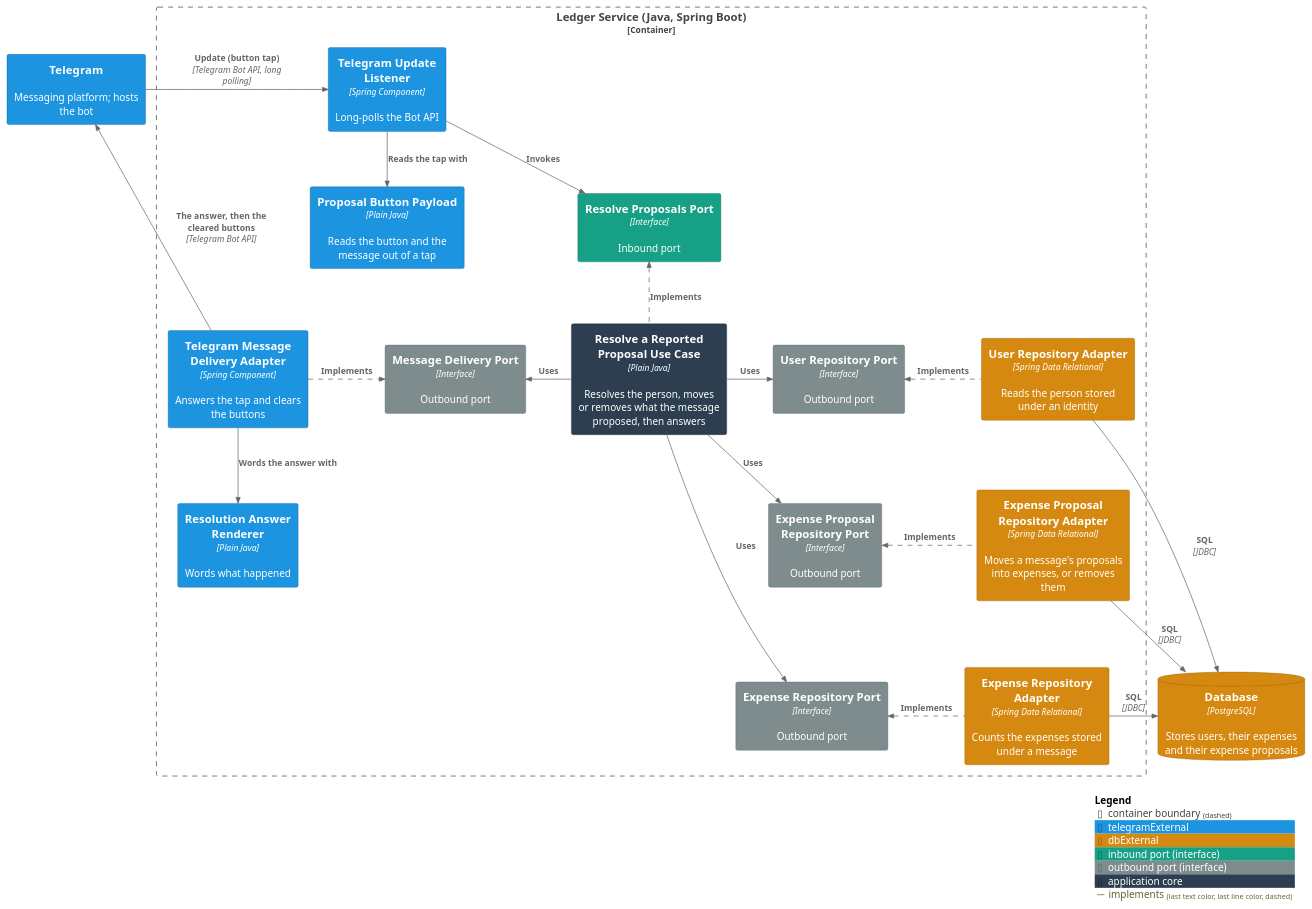
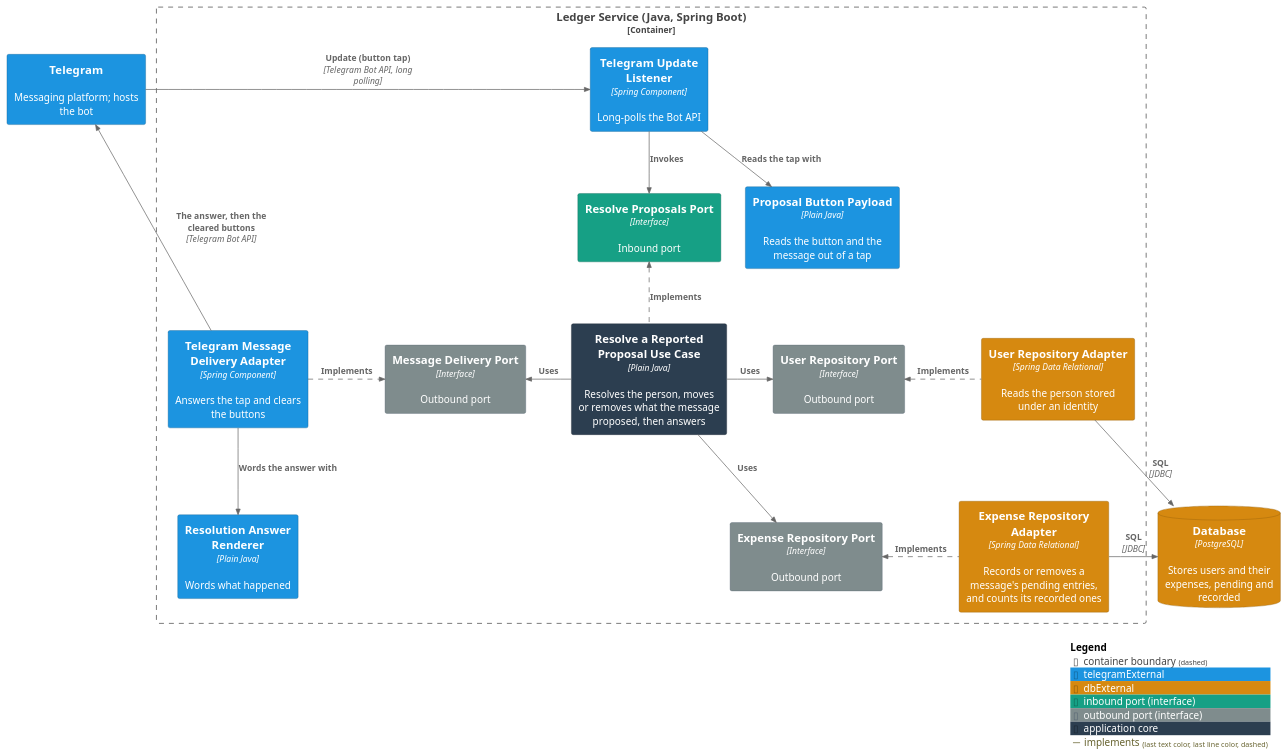
The first of 2 diagrams in ledger-service/docs/usecases/resolve-a-reported-proposal.md (ds-usova/finance-bot), drawn with PlantUML before and after one commit. The commit also changed other lines of this file and 27 other files, not shown here.

````diff
--- a/ledger-service/docs/usecases/resolve-a-reported-proposal.md
+++ b/ledger-service/docs/usecases/resolve-a-reported-proposal.md
@@ -36,56 +43,50 @@
 ```plantuml
 @startuml C3-Component-ResolveAReportedProposal
 !include <C4/C4_Component>
 
 AddElementTag("telegramExternal", $bgColor="#1c94e0", $fontColor="#ffffff", $borderColor="#125d8c")
 AddElementTag("dbExternal", $bgColor="#d68910", $fontColor="#ffffff", $borderColor="#8f5c0a")
 AddElementTag("portIn", $bgColor="#16a085", $fontColor="#ffffff", $borderColor="#0e6655", $legendText="inbound port (interface)")
 AddElementTag("portOut", $bgColor="#7f8c8d", $fontColor="#ffffff", $borderColor="#566573", $legendText="outbound port (interface)")
 AddElementTag("core", $bgColor="#2c3e50", $fontColor="#ffffff", $borderColor="#1b2631", $legendText="application core")
 AddRelTag("implements", $lineStyle="dashed")
 
 System_Ext(telegram, "Telegram", "Messaging platform; hosts the bot", $tags="telegramExternal")
 
 Container_Boundary(ledger, "Ledger Service (Java, Spring Boot)") {
   Component(telegramListener, "Telegram Update Listener", "Spring Component", "Long-polls the Bot API", $tags="telegramExternal")
   Component(buttonPayload, "Proposal Button Payload", "Plain Java", "Reads the button and the message out of a tap", $tags="telegramExternal")
   Component(resolvePort, "Resolve Proposals Port", "Interface", "Inbound port", $tags="portIn")
   Component(resolveService, "Resolve a Reported Proposal Use Case", "Plain Java", "Resolves the person, moves or removes what the message proposed, then answers", $tags="core")
   Component(userRepositoryPort, "User Repository Port", "Interface", "Outbound port", $tags="portOut")
-  Component(proposalRepositoryPort, "Expense Proposal Repository Port", "Interface", "Outbound port", $tags="portOut")
   Component(expenseRepositoryPort, "Expense Repository Port", "Interface", "Outbound port", $tags="portOut")
   Component(messageDeliveryPort, "Message Delivery Port", "Interface", "Outbound port", $tags="portOut")
   Component(userRepositoryAdapter, "User Repository Adapter", "Spring Data Relational", "Reads the person stored under an identity", $tags="dbExternal")
-  Component(proposalRepositoryAdapter, "Expense Proposal Repository Adapter", "Spring Data Relational", "Moves a message's proposals into expenses, or removes them", $tags="dbExternal")
-  Component(expenseRepositoryAdapter, "Expense Repository Adapter", "Spring Data Relational", "Counts the expenses stored under a message", $tags="dbExternal")
+  Component(expenseRepositoryAdapter, "Expense Repository Adapter", "Spring Data Relational", "Records or removes a message's pending entries, and counts its recorded ones", $tags="dbExternal")
   Component(deliveryAdapter, "Telegram Message Delivery Adapter", "Spring Component", "Answers the tap and clears the buttons", $tags="telegramExternal")
   Component(answerRenderer, "Resolution Answer Renderer", "Plain Java", "Words what happened", $tags="telegramExternal")
 }
 
-ContainerDb(db, "Database", "PostgreSQL", "Stores users, their expenses and their expense proposals", $tags="dbExternal")
+ContainerDb(db, "Database", "PostgreSQL", "Stores users and their expenses, pending and recorded", $tags="dbExternal")
 
 Rel_R(telegram, telegramListener, "Update (button tap)", "Telegram Bot API, long polling")
 Rel_D(telegramListener, buttonPayload, "Reads the tap with")
 Rel_D(telegramListener, resolvePort, "Invokes")
 Rel_L(resolveService, resolvePort, "Implements", $tags="implements")
 Rel_R(resolveService, userRepositoryPort, "Uses")
-Rel_R(resolveService, proposalRepositoryPort, "Uses")
 Rel_R(resolveService, expenseRepositoryPort, "Uses")
 Rel_L(resolveService, messageDeliveryPort, "Uses")
 Rel_L(userRepositoryAdapter, userRepositoryPort, "Implements", $tags="implements")
-Rel_L(proposalRepositoryAdapter, proposalRepositoryPort, "Implements", $tags="implements")
 Rel_L(expenseRepositoryAdapter, expenseRepositoryPort, "Implements", $tags="implements")
 Rel_R(deliveryAdapter, messageDeliveryPort, "Implements", $tags="implements")
 Rel_D(deliveryAdapter, answerRenderer, "Words the answer with")
 Rel_R(userRepositoryAdapter, db, "SQL", "JDBC")
-Rel_R(proposalRepositoryAdapter, db, "SQL", "JDBC")
 Rel_R(expenseRepositoryAdapter, db, "SQL", "JDBC")
 Rel_U(deliveryAdapter, telegram, "The answer, then the cleared buttons", "Telegram Bot API")
 
 Lay_D(resolvePort, userRepositoryPort)
-Lay_D(userRepositoryPort, proposalRepositoryPort)
-Lay_D(proposalRepositoryPort, expenseRepositoryPort)
+Lay_D(userRepositoryPort, expenseRepositoryPort)
 
 SHOW_LEGEND()
 @enduml
 ```
````
